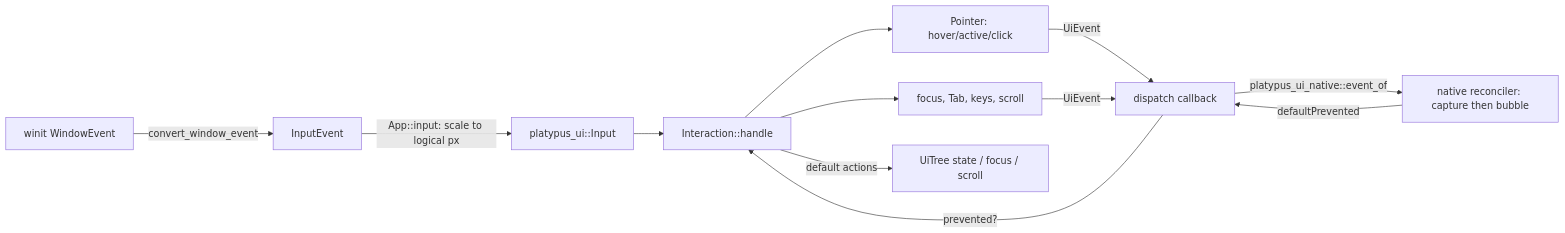
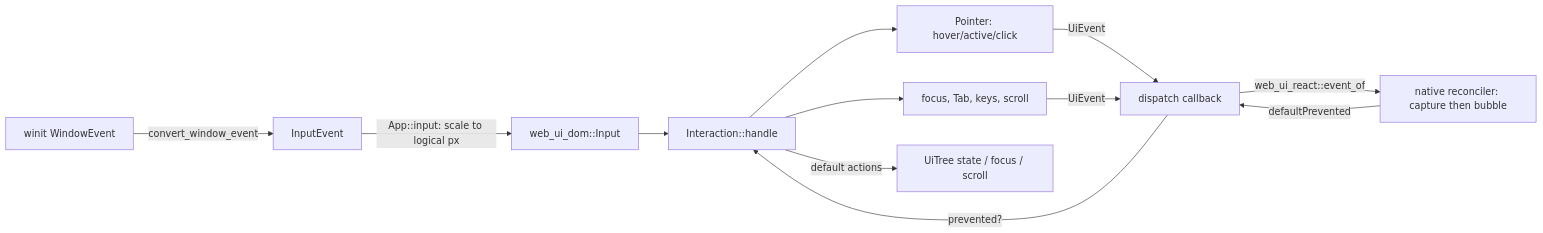
Before and after one commit to Quacky2200/Platypus: the diagram in docs/input-and-events.md, drawn with Mermaid. The commit also changed other lines of this file and 213 other files, not shown here.

````diff
--- a/docs/input-and-events.md
+++ b/docs/input-and-events.md
@@ -10,13 +10,13 @@
 ```mermaid
 flowchart LR
   W[winit WindowEvent] -->|convert_window_event| IE[InputEvent]
-  IE -->|App::input: scale to logical px| IN[platypus_ui::Input]
+  IE -->|App::input: scale to logical px| IN[web_ui_dom::Input]
   IN --> H[Interaction::handle]
   H --> P[Pointer: hover/active/click]
   H --> F[focus, Tab, keys, scroll]
   P & F -->|UiEvent| D[dispatch callback]
-  D -->|platypus_ui_native::event_of| JS[native reconciler: capture then bubble]
+  D -->|web_ui_react::event_of| JS[native reconciler: capture then bubble]
   JS -->|defaultPrevented| D
   D -->|prevented?| H
   H -->|default actions| T[UiTree state / focus / scroll]
 ```
````
